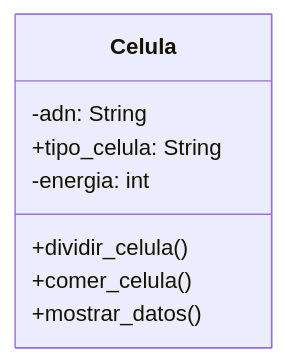
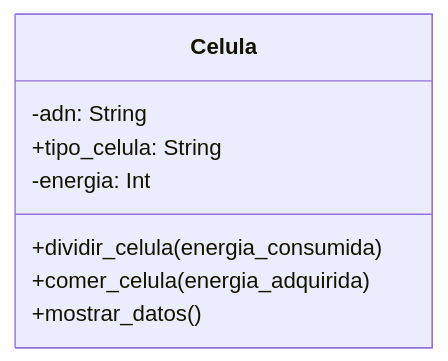
Before and after one commit to StephanieApaza/psg-oop-2025: the diagram in retos_sesion_04/ejercicio_02.md, drawn with Mermaid. The commit also changed other lines of this file, not shown here.

````diff
--- a/retos_sesion_04/ejercicio_02.md
+++ b/retos_sesion_04/ejercicio_02.md
@@ -30,11 +46,11 @@
 ```mermaid
 classDiagram
     class Celula {
         -adn: String
         +tipo_celula: String
-        -energia: int
-        +dividir_celula()
-        +comer_celula()
+        -energia: Int
+        +dividir_celula(energia_consumida)
+        +comer_celula(energia_adquirida)
         +mostrar_datos()
     }
 ```
````
